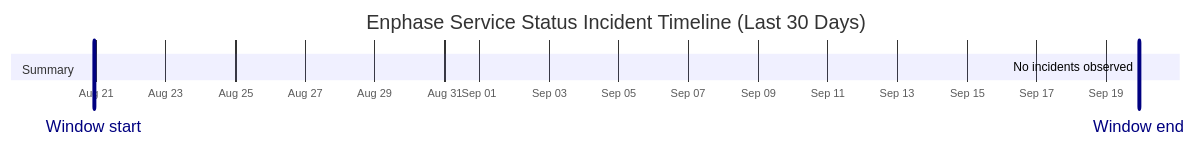
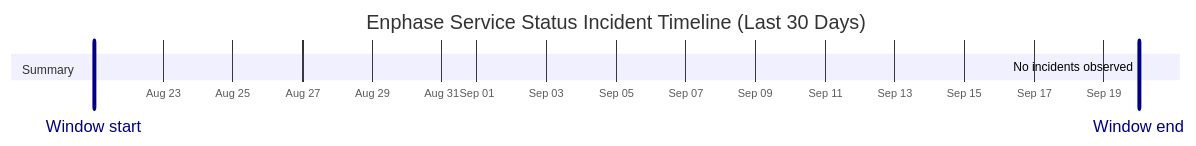
The diagram in wiki/Service-Status-History.md (barneyonline/ha-enphase-energy), drawn with Mermaid before and after one commit. The commit also changed other lines of this file and 3 other files, not shown here.

````diff
--- a/wiki/Service-Status-History.md
+++ b/wiki/Service-Status-History.md
@@ -14,10 +14,10 @@
 ```mermaid
 gantt
     title Enphase Service Status Incident Timeline (Last 30 Days)
     dateFormat  YYYY-MM-DDTHH:mm:ss
     axisFormat  %b %d
-    Window start :vert, window-start, 2026-08-20T22:23:29, 0ms
-    Window end :vert, window-end, 2026-09-19T22:23:29, 0ms
+    Window start :vert, window-start, 2026-08-21T00:14:57, 0ms
+    Window end :vert, window-end, 2026-09-20T00:14:57, 0ms
     section Summary
-    No incidents observed :done, 2026-09-19T22:23:29, 1m
+    No incidents observed :done, 2026-09-20T00:14:57, 1m
 ```
````
